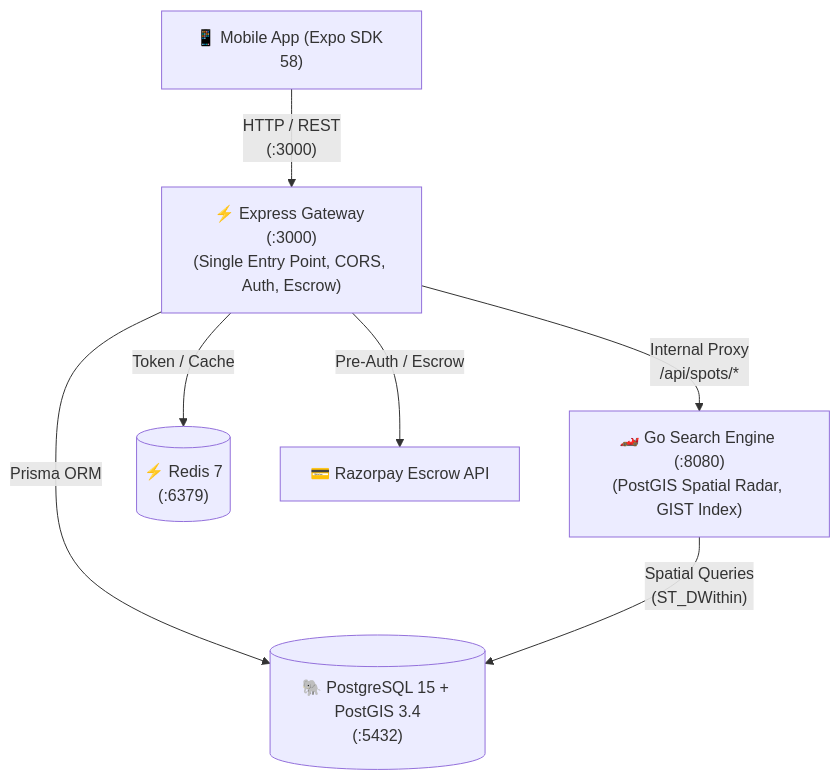
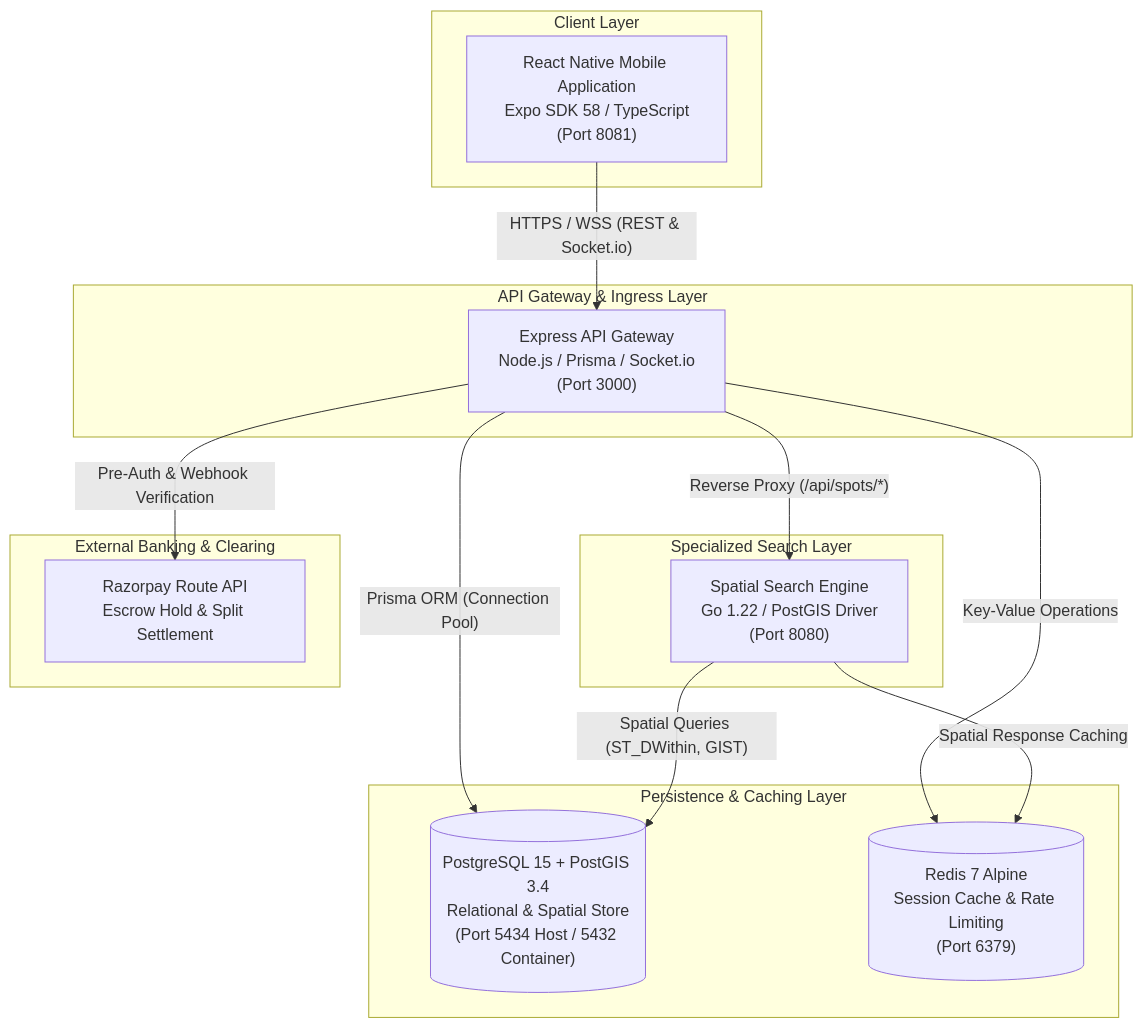
Before and after one commit to Sambit-Mondal/Ghost-Parking: the diagram in README.md, drawn with Mermaid. The commit also changed other lines of this file, not shown here.

````diff
--- a/README.md
+++ b/README.md
@@ -9,16 +21,31 @@
 ```mermaid
-graph TD
-    Client["📱 Mobile App (Expo SDK 58)"]
-    Gateway["⚡ Express Gateway (:3000)\n(Single Entry Point, CORS, Auth, Escrow)"]
-    GoEngine["🏎️ Go Search Engine (:8080)\n(PostGIS Spatial Radar, GIST Index)"]
-    DB[("🐘 PostgreSQL 15 + PostGIS 3.4\n(:5432)")]
-    Cache[("⚡ Redis 7\n(:6379)")]
-    Razorpay["💳 Razorpay Escrow API"]
+flowchart TD
+    subgraph ClientLayer["Client Layer"]
+        MobileApp["React Native Mobile Application\nExpo SDK 58 / TypeScript\n(Port 8081)"]
+    end
 
-    Client -->|"HTTP / REST\n(:3000)"| Gateway
-    Gateway -->|"Internal Proxy\n/api/spots/*"| GoEngine
-    Gateway -->|"Prisma ORM"| DB
-    Gateway -->|"Token / Cache"| Cache
-    Gateway -->|"Pre-Auth / Escrow"| Razorpay
-    GoEngine -->|"Spatial Queries\n(ST_DWithin)"| DB
+    subgraph GatewayLayer["API Gateway & Ingress Layer"]
+        Gateway["Express API Gateway\nNode.js / Prisma / Socket.io\n(Port 3000)"]
+    end
+
+    subgraph EngineLayer["Specialized Search Layer"]
+        GoEngine["Spatial Search Engine\nGo 1.22 / PostGIS Driver\n(Port 8080)"]
+    end
+
+    subgraph DataLayer["Persistence & Caching Layer"]
+        Postgres[("PostgreSQL 15 + PostGIS 3.4\nRelational & Spatial Store\n(Port 5434 Host / 5432 Container)")]
+        RedisCache[("Redis 7 Alpine\nSession Cache & Rate Limiting\n(Port 6379)")]
+    end
+
+    subgraph ExternalServices["External Banking & Clearing"]
+        Razorpay["Razorpay Route API\nEscrow Hold & Split Settlement"]
+    end
+
+    MobileApp -->|"HTTPS / WSS (REST & Socket.io)"| Gateway
+    Gateway -->|"Reverse Proxy (/api/spots/*)"| GoEngine
+    Gateway -->|"Prisma ORM (Connection Pool)"| Postgres
+    Gateway -->|"Key-Value Operations"| RedisCache
+    Gateway -->|"Pre-Auth & Webhook Verification"| Razorpay
+    GoEngine -->|"Spatial Queries (ST_DWithin, GIST)"| Postgres
+    GoEngine -->|"Spatial Response Caching"| RedisCache
 ```
````
